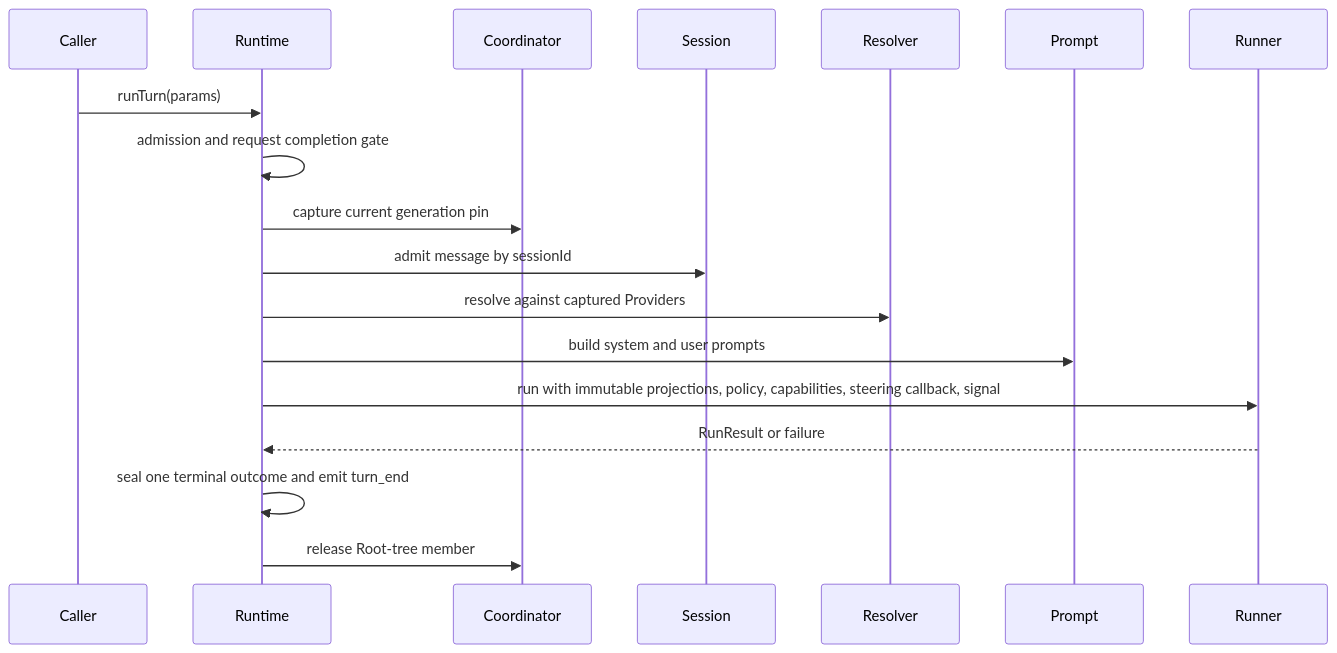
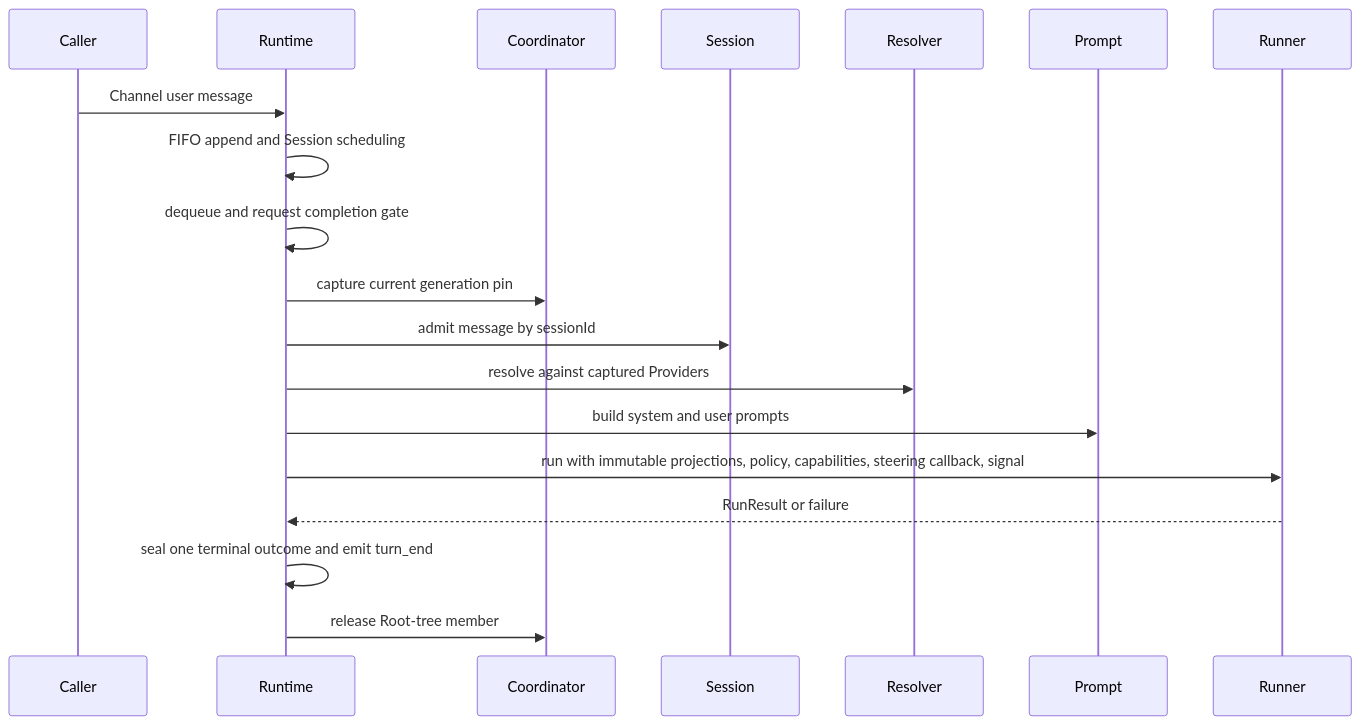
One commit to luciferwww/my-agent changed the second of 2 diagrams in docs/architecture/runtime.md. Above: the diagram before and after it, drawn with Mermaid. The commit also changed other lines of this file and 28 other files, not shown here.

````diff
--- a/docs/architecture/runtime.md
+++ b/docs/architecture/runtime.md
@@ -203,21 +206,22 @@
 ```mermaid
 sequenceDiagram
   participant Caller
   participant Runtime
   participant Coordinator
   participant Session
   participant Resolver
   participant Prompt
   participant Runner
 
-  Caller->>Runtime: runTurn(params)
-  Runtime->>Runtime: admission and request completion gate
+  Caller->>Runtime: Channel user message
+  Runtime->>Runtime: FIFO append and Session scheduling
+  Runtime->>Runtime: dequeue and request completion gate
   Runtime->>Coordinator: capture current generation pin
   Runtime->>Session: admit message by sessionId
   Runtime->>Resolver: resolve against captured Providers
   Runtime->>Prompt: build system and user prompts
   Runtime->>Runner: run with immutable projections, policy, capabilities, steering callback, signal
   Runner-->>Runtime: RunResult or failure
   Runtime->>Runtime: seal one terminal outcome and emit turn_end
   Runtime->>Coordinator: release Root-tree member
 ```
````
